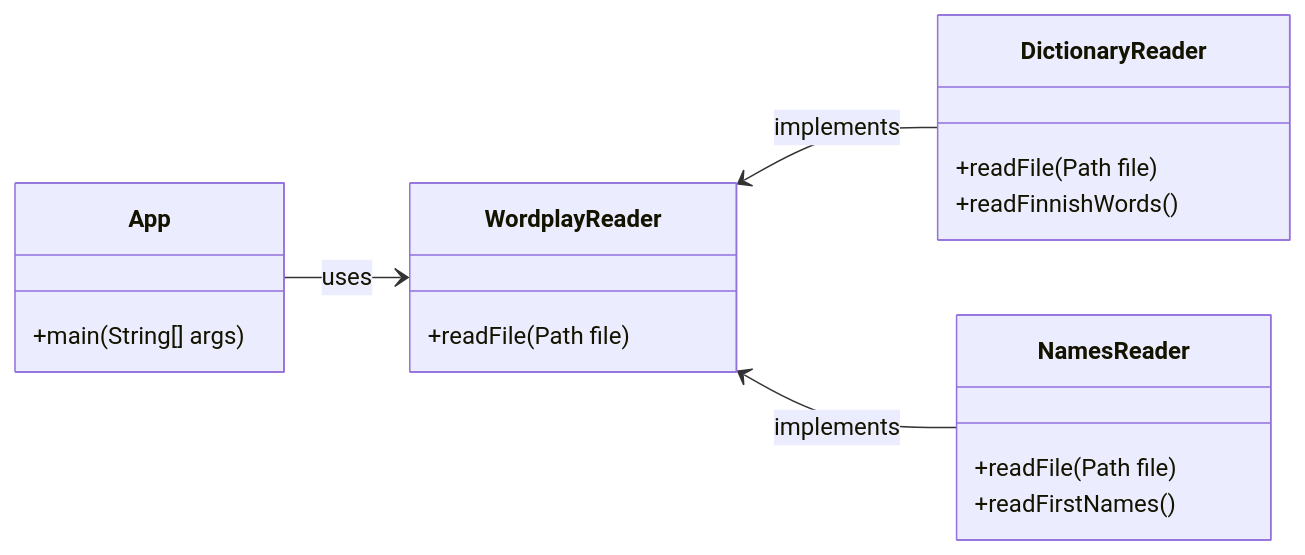
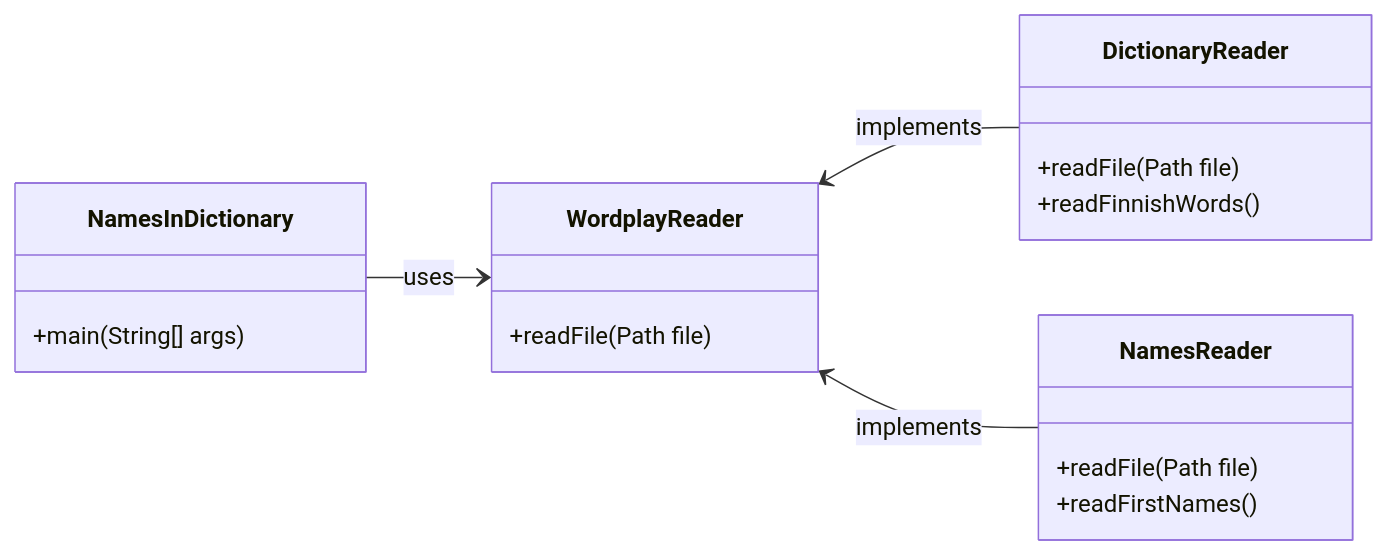
The diagram in readme.md (ohjelmointi2/wordplay-exercise), drawn with Mermaid before and after one commit. The commit also changed other lines of this file, not shown here.

````diff
--- a/readme.md
+++ b/readme.md
@@ -25,26 +206,26 @@
 ```mermaid
 classDiagram
     direction LR
 
-    class App {
+    class NamesInDictionary {
         +main(String[] args)
     }
 
     class DictionaryReader {
         +readFile(Path file)
         +readFinnishWords()
     }
 
     class NamesReader {
         +readFile(Path file)
         +readFirstNames()
     }
 
     class WordplayReader {
         +readFile(Path file)
     }
 
-    App --> WordplayReader : uses
+    NamesInDictionary --> WordplayReader : uses
     WordplayReader <-- DictionaryReader: implements
     WordplayReader <-- NamesReader : implements
 ```
````
